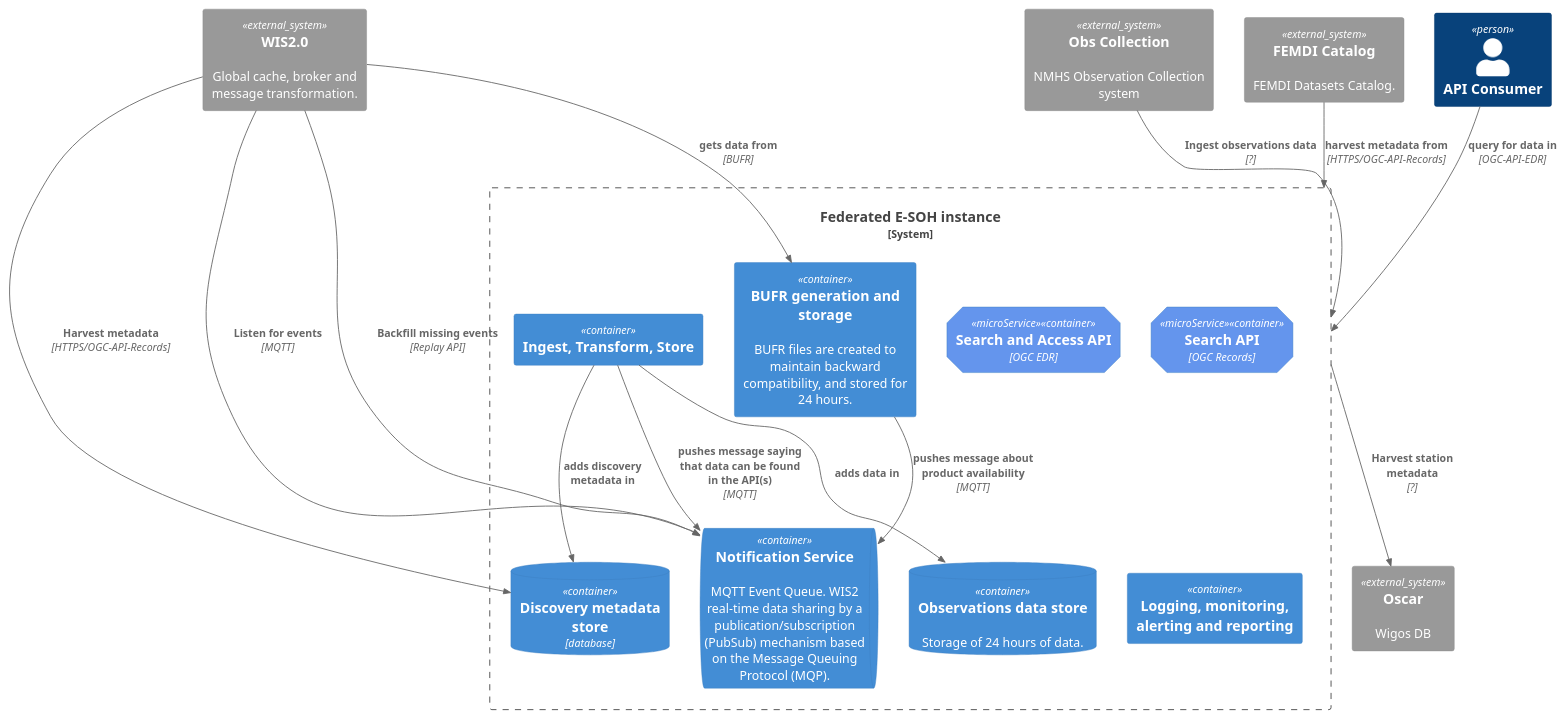
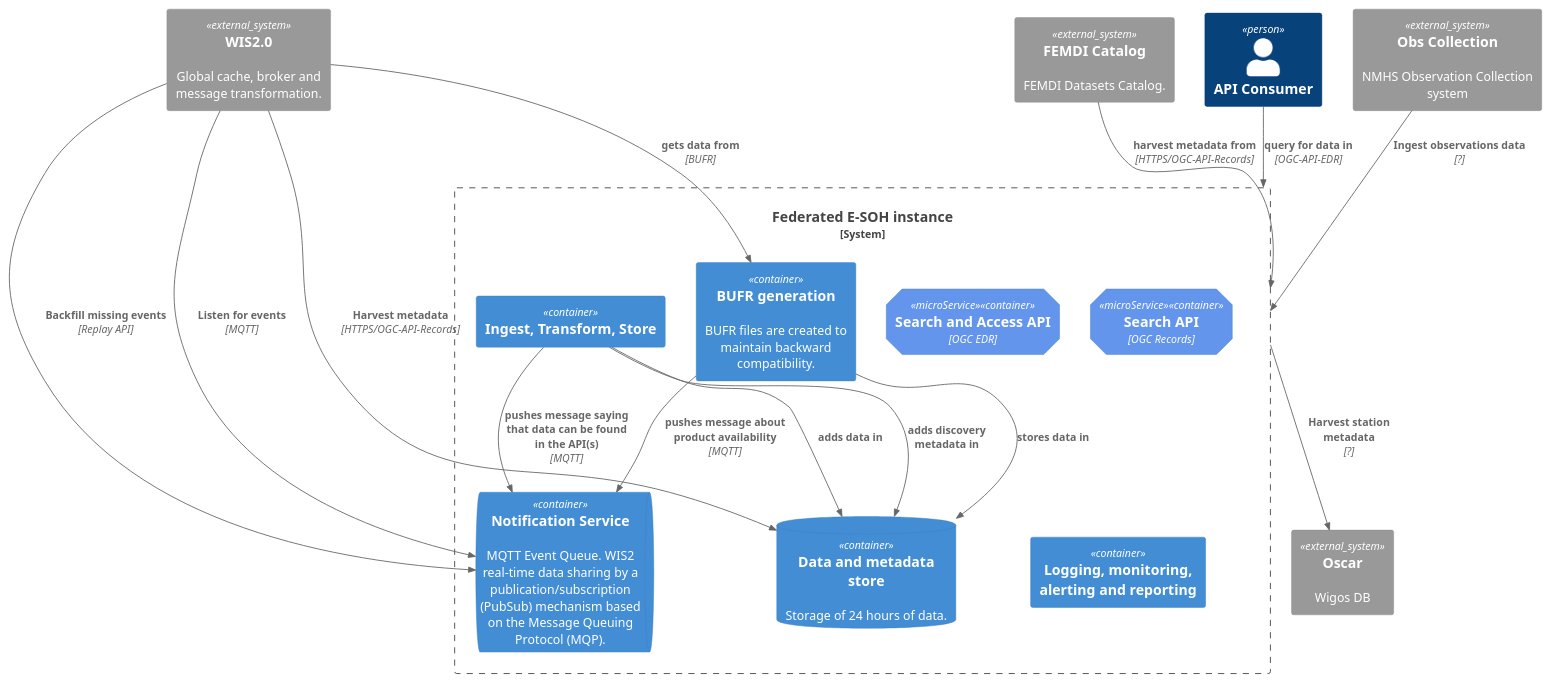
One commit to EURODEO/e-soh-c4 changed the diagram in c4-context.puml. Above: the diagram before and after it, drawn with PlantUML. The commit also changed 1 other file, not shown here.

Commit message:
storage out of bufr generator

```diff
--- a/c4-context.puml
+++ b/c4-context.puml
@@ -1,47 +1,47 @@
 @startuml "c4-context"
 !include https://raw.githubusercontent.com/plantuml-stdlib/C4-PlantUML/master/C4_Container.puml
 
 AddElementTag("microService", $shape=EightSidedShape(), $bgColor="CornflowerBlue", $fontColor="white", $legendText="micro service\neight sided")
 
 System_Ext(FEMDICatalog, "FEMDI Catalog", "FEMDI Datasets Catalog.")
 
 System_Ext(wis2, "WIS2.0", "Global cache, broker and message transformation.")
 
 
 Person(APIConsumer, "API Consumer")
 
 System_Boundary(ESOH, "Federated E-SOH instance"){
     ContainerQueue(queue, "Notification Service", "", "MQTT Event Queue. WIS2 real-time data sharing by a publication/subscription (PubSub) mechanism based on the Message Queuing Protocol (MQP).")
     Container(its, "Ingest, Transform, Store", "", "")
     Container(edr, "Search and Access API", "OGC EDR", "", $tags = "microService")
     Container(records, "Search API", "OGC Records", "", $tags = "microService")
-    Container(bufr_generator, "BUFR generation and storage", "", "BUFR files are created to maintain backward compatibility, and stored for 24 hours.")
-    ContainerDb(metadata_store, "Discovery metadata store", "database", "")
-    ContainerDb(data_store, "Observations data store", "", "Storage of 24 hours of data.")
+    Container(bufr_generator, "BUFR generation", "", "BUFR files are created to maintain backward compatibility.")
+    ContainerDb(data_store, "Data and metadata store", "", "Storage of 24 hours of data.")
     Container(lmar, "Logging, monitoring, alerting and reporting", "", "")
 }
 
 
 
 System_Ext(Oscar, "Oscar", "Wigos DB")
 System_Ext(ObsCollection,"Obs Collection", "NMHS Observation Collection system")
 
 Rel(bufr_generator, queue, "pushes message about product availability", "MQTT")
+Rel(bufr_generator, data_store, "stores data in", "")
 
 Rel(its, data_store, "adds data in", "")
-Rel(its, metadata_store, "adds discovery metadata in", "")
+Rel(its, data_store, "adds discovery metadata in", "")
 Rel(its, queue, "pushes message saying that data can be found in the API(s)", "MQTT")
 
-Rel(wis2, metadata_store, "Harvest metadata", "HTTPS/OGC-API-Records")
+Rel(wis2, data_store, "Harvest metadata", "HTTPS/OGC-API-Records")
 Rel(wis2, queue, "Listen for events", "MQTT")
 Rel(wis2, queue, "Backfill missing events", "Replay API")
 
 Rel(wis2, bufr_generator, "gets data from", "BUFR")
 
 Rel(FEMDICatalog, ESOH, "harvest metadata from", "HTTPS/OGC-API-Records")
 Rel(APIConsumer, ESOH, "query for data in", "OGC-API-EDR")
 
 Rel(ESOH, Oscar, "Harvest station metadata", "?")
 Rel(ObsCollection, ESOH, "Ingest observations data", "?")
 
 @enduml
```
